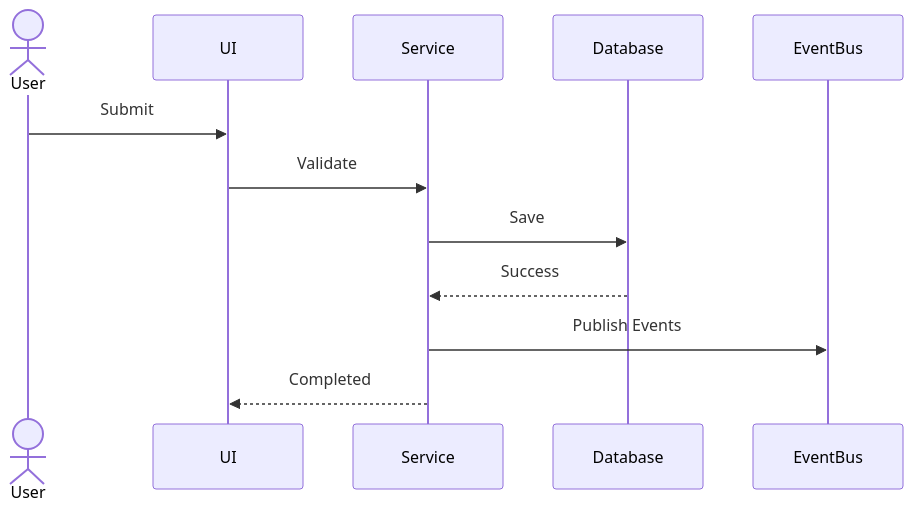
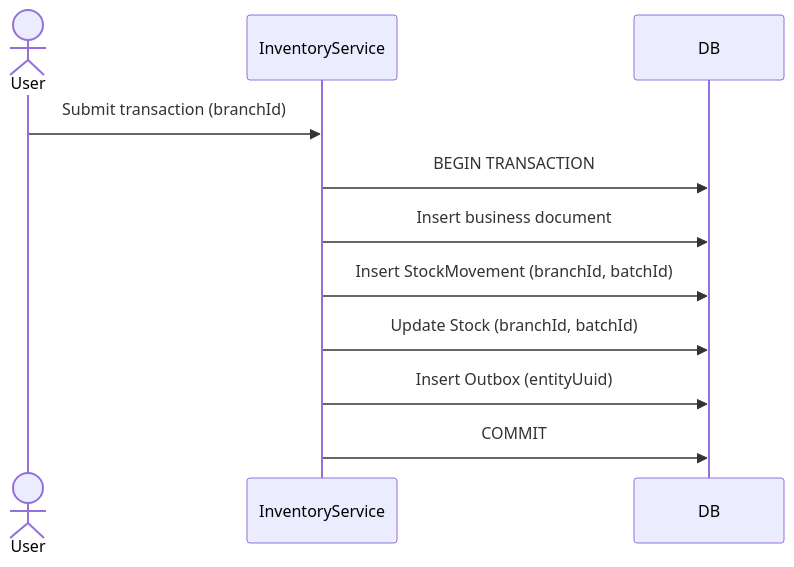
The diagram in docs/pharmacy_erp_architecture_docs/workflows/inventory-flow.md (akshaybadgujar20/pharmacy-erp-desktop), drawn with Mermaid before and after one commit. The commit also changed other lines of this file and 143 other files, not shown here.

Commit message:
architecture updated

````diff
--- a/docs/pharmacy_erp_architecture_docs/workflows/inventory-flow.md
+++ b/docs/pharmacy_erp_architecture_docs/workflows/inventory-flow.md
@@ -87,15 +86,14 @@
 ```mermaid
 sequenceDiagram
 actor User
-participant UI
-participant Service
-participant Database
-participant EventBus
+participant InventoryService
+participant DB
 
-User->>UI: Submit
-UI->>Service: Validate
-Service->>Database: Save
-Database-->>Service: Success
-Service->>EventBus: Publish Events
-Service-->>UI: Completed
+User->>InventoryService: Submit transaction (branchId)
+InventoryService->>DB: BEGIN TRANSACTION
+InventoryService->>DB: Insert business document
+InventoryService->>DB: Insert StockMovement (branchId, batchId)
+InventoryService->>DB: Update Stock (branchId, batchId)
+InventoryService->>DB: Insert Outbox (entityUuid)
+InventoryService->>DB: COMMIT
 ```
````
